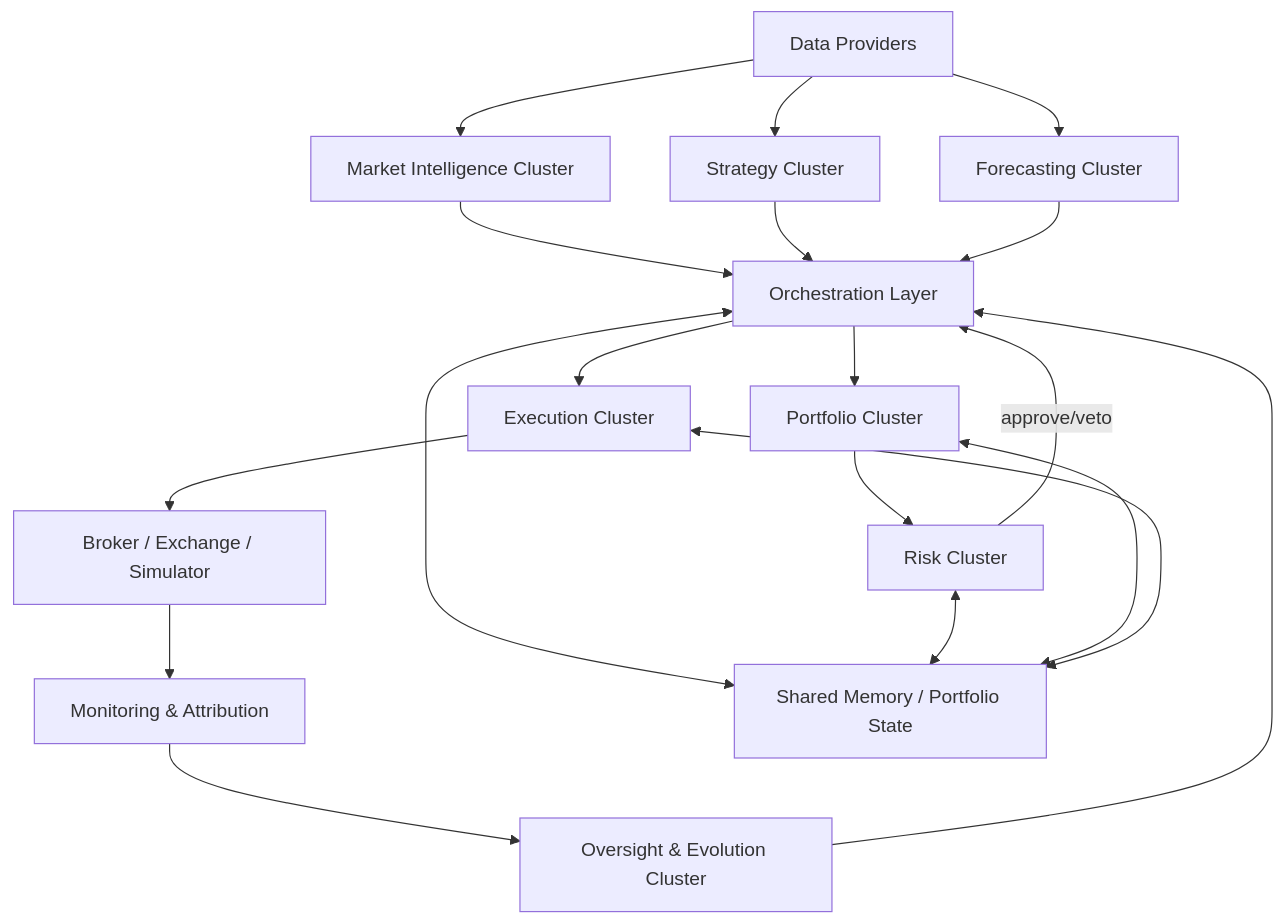
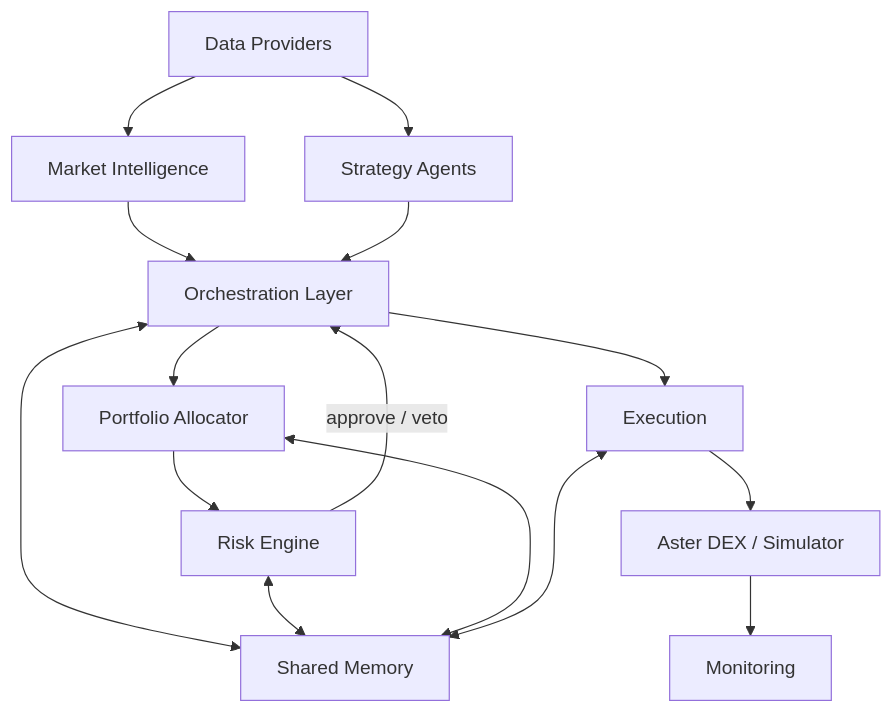
Before and after one commit to kmshihab7878/Financial-Intelligence-Department-FID: the diagram in ARCHITECTURE.md, drawn with Mermaid. The commit also changed other lines of this file and 34 other files, not shown here.

````diff
--- a/ARCHITECTURE.md
+++ b/ARCHITECTURE.md
@@ -4,21 +5,17 @@
 ```mermaid
 graph TD
-    D[Data Providers] --> MI[Market Intelligence Cluster]
-    D --> ST[Strategy Cluster]
-    D --> FC[Forecasting Cluster]
+    D[Data Providers] --> MI[Market Intelligence]
+    D --> ST[Strategy Agents]
     MI --> O[Orchestration Layer]
     ST --> O
-    FC --> O
-    O --> PF[Portfolio Cluster]
-    PF --> RK[Risk Cluster]
-    RK -->|approve/veto| O
-    O --> EX[Execution Cluster]
-    EX --> BR[Broker / Exchange / Simulator]
-    BR --> MON[Monitoring & Attribution]
-    MON --> OV[Oversight & Evolution Cluster]
-    OV --> O
-    O <--> MEM[Shared Memory / Portfolio State]
+    O --> PF[Portfolio Allocator]
+    PF --> RK[Risk Engine]
+    RK -->|approve / veto| O
+    O --> EX[Execution]
+    EX --> BR[Aster DEX / Simulator]
+    BR --> MON[Monitoring]
+    O <--> MEM[Shared Memory]
     RK <--> MEM
     PF <--> MEM
     EX <--> MEM
 ```
````
